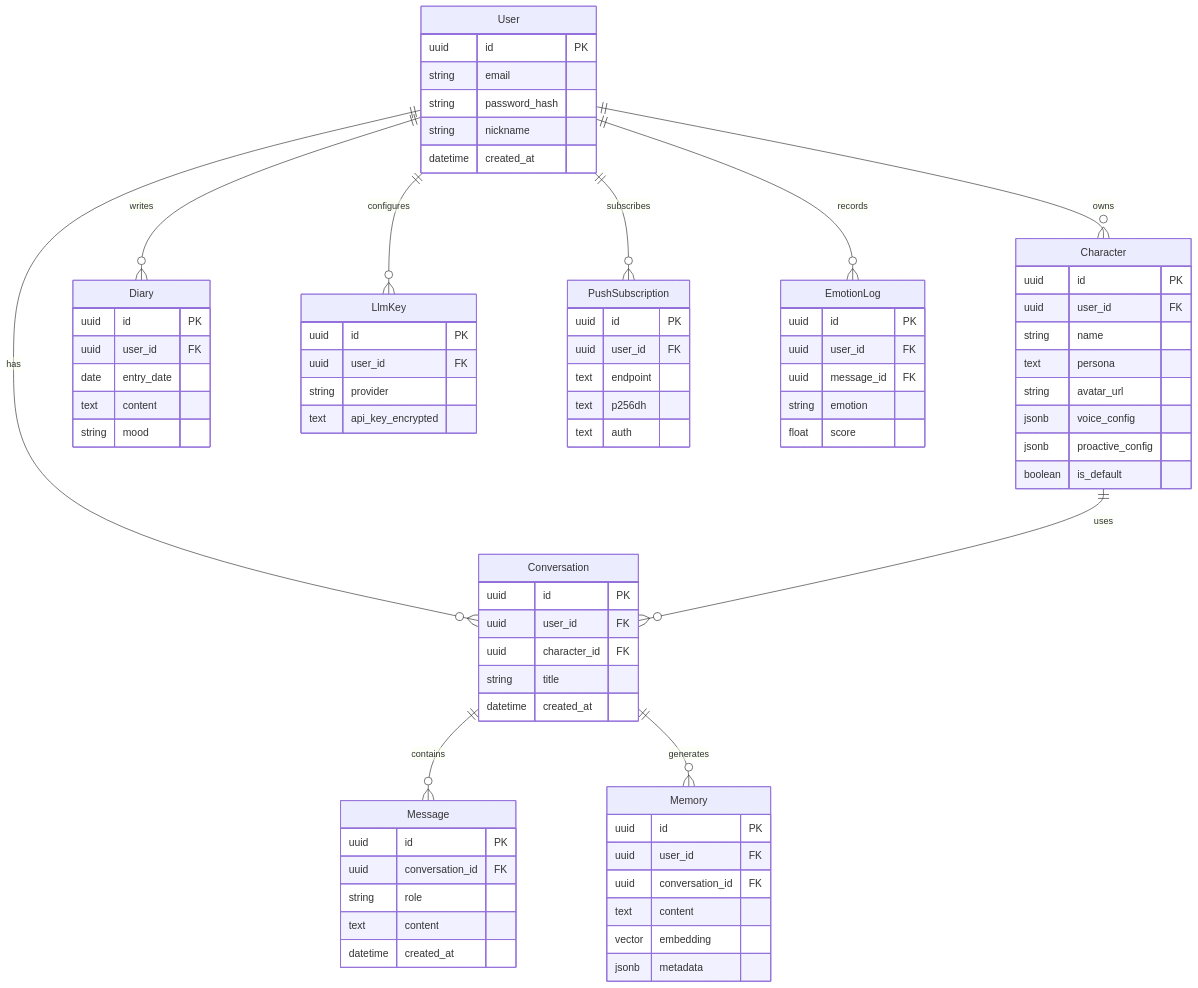
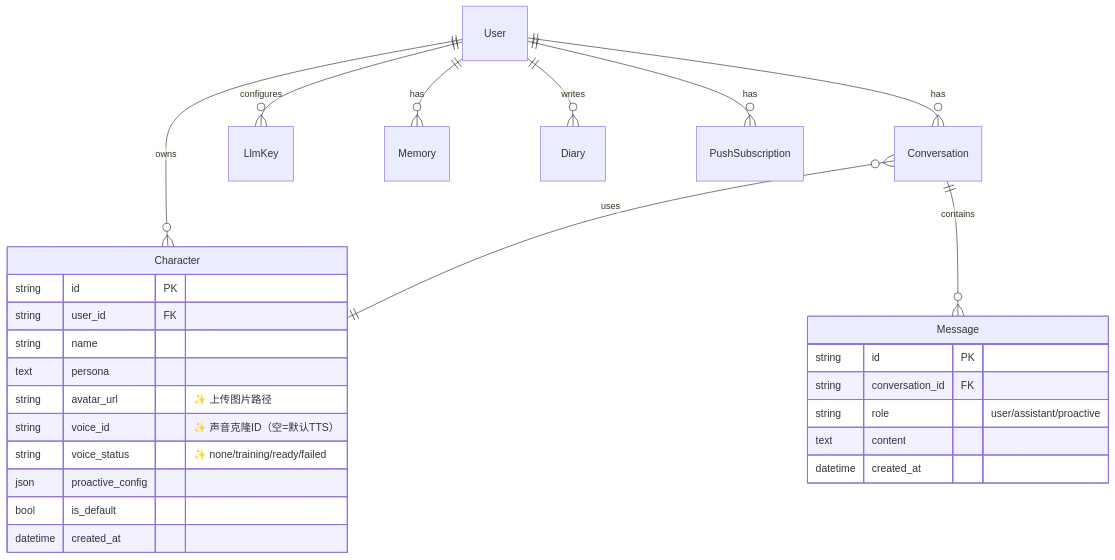
The diagram in docs/02-ARCHITECTURE.md (0009-aaf/banyu-ai-companion), drawn with Mermaid before and after one commit. The commit also changed other lines of this file and 8 other files, not shown here.

````diff
--- a/docs/02-ARCHITECTURE.md
+++ b/docs/02-ARCHITECTURE.md
@@ -72,79 +78,32 @@
 ```mermaid
 erDiagram
     User ||--o{ Character : owns
     User ||--o{ Conversation : has
+    User ||--o{ LlmKey : configures
+    User ||--o{ Memory : has
     User ||--o{ Diary : writes
-    User ||--o{ LlmKey : configures
-    User ||--o{ PushSubscription : subscribes
-    User ||--o{ EmotionLog : records
-    Character ||--o{ Conversation : uses
+    User ||--o{ PushSubscription : has
     Conversation ||--o{ Message : contains
-    Conversation ||--o{ Memory : generates
+    Conversation }o--|| Character : uses
 
-    User {
-        uuid id PK
-        string email
-        string password_hash
-        string nickname
+    Character {
+        string id PK
+        string user_id FK
+        string name
+        text persona
+        string avatar_url    "✨ 上传图片路径"
+        string voice_id      "✨ 声音克隆ID（空=默认TTS）"
+        string voice_status  "✨ none/training/ready/failed"
+        json proactive_config
+        bool is_default
         datetime created_at
     }
-    Character {
-        uuid id PK
-        uuid user_id FK
-        string name
-        text persona
-        string avatar_url
-        jsonb voice_config
-        jsonb proactive_config
-        boolean is_default
-    }
-    Conversation {
-        uuid id PK
-        uuid user_id FK
-        uuid character_id FK
-        string title
-        datetime created_at
-    }
+
     Message {
-        uuid id PK
-        uuid conversation_id FK
-        string role
+        string id PK
+        string conversation_id FK
+        string role          "user/assistant/proactive"
         text content
         datetime created_at
     }
-    Memory {
-        uuid id PK
-        uuid user_id FK
-        uuid conversation_id FK
-        text content
-        vector embedding
-        jsonb metadata
-    }
-    Diary {
-        uuid id PK
-        uuid user_id FK
-        date entry_date
-        text content
-        string mood
-    }
-    EmotionLog {
-        uuid id PK
-        uuid user_id FK
-        uuid message_id FK
-        string emotion
-        float score
-    }
-    LlmKey {
-        uuid id PK
-        uuid user_id FK
-        string provider
-        text api_key_encrypted
-    }
-    PushSubscription {
-        uuid id PK
-        uuid user_id FK
-        text endpoint
-        text p256dh
-        text auth
-    }
 ```
````
